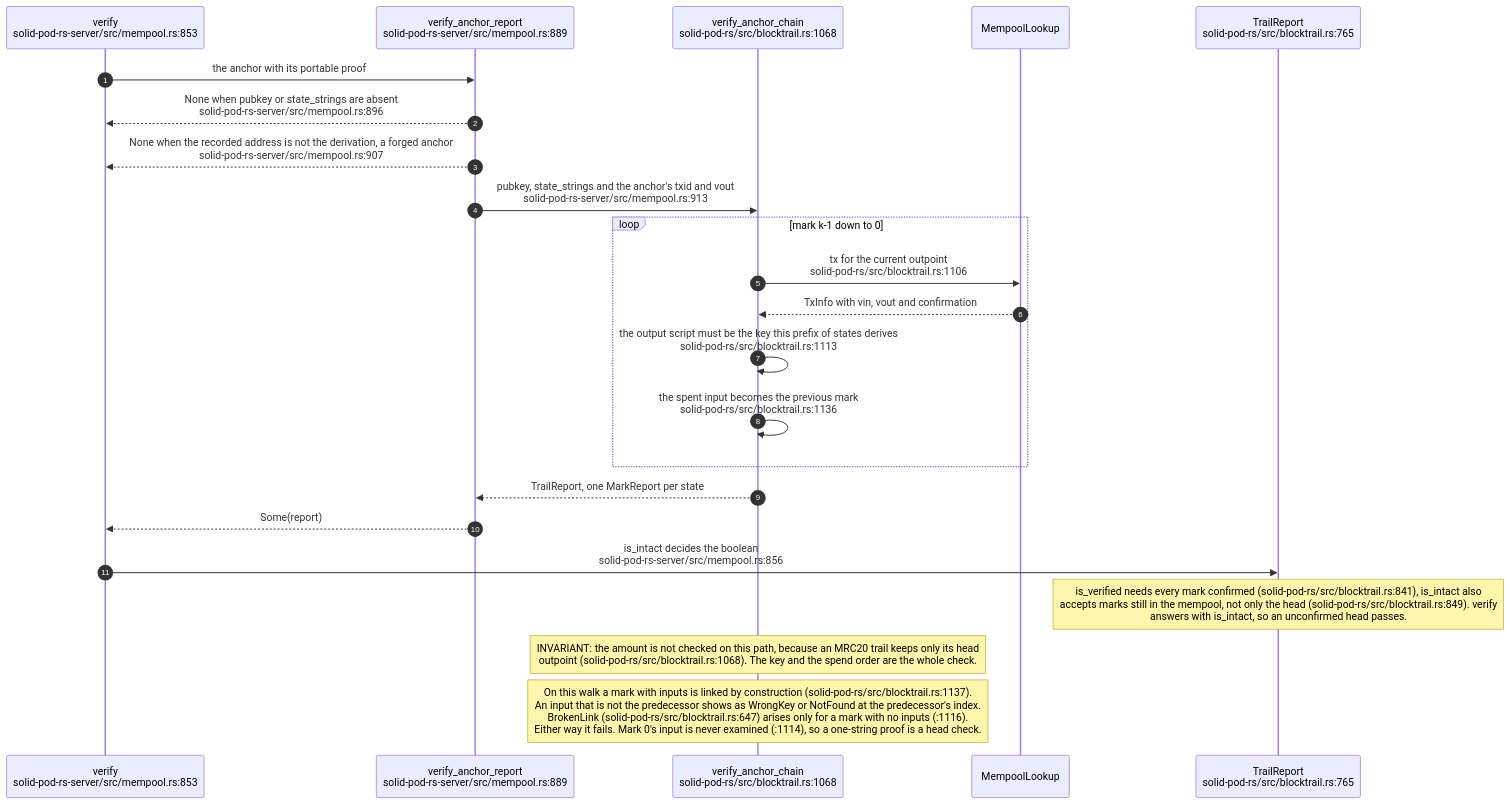
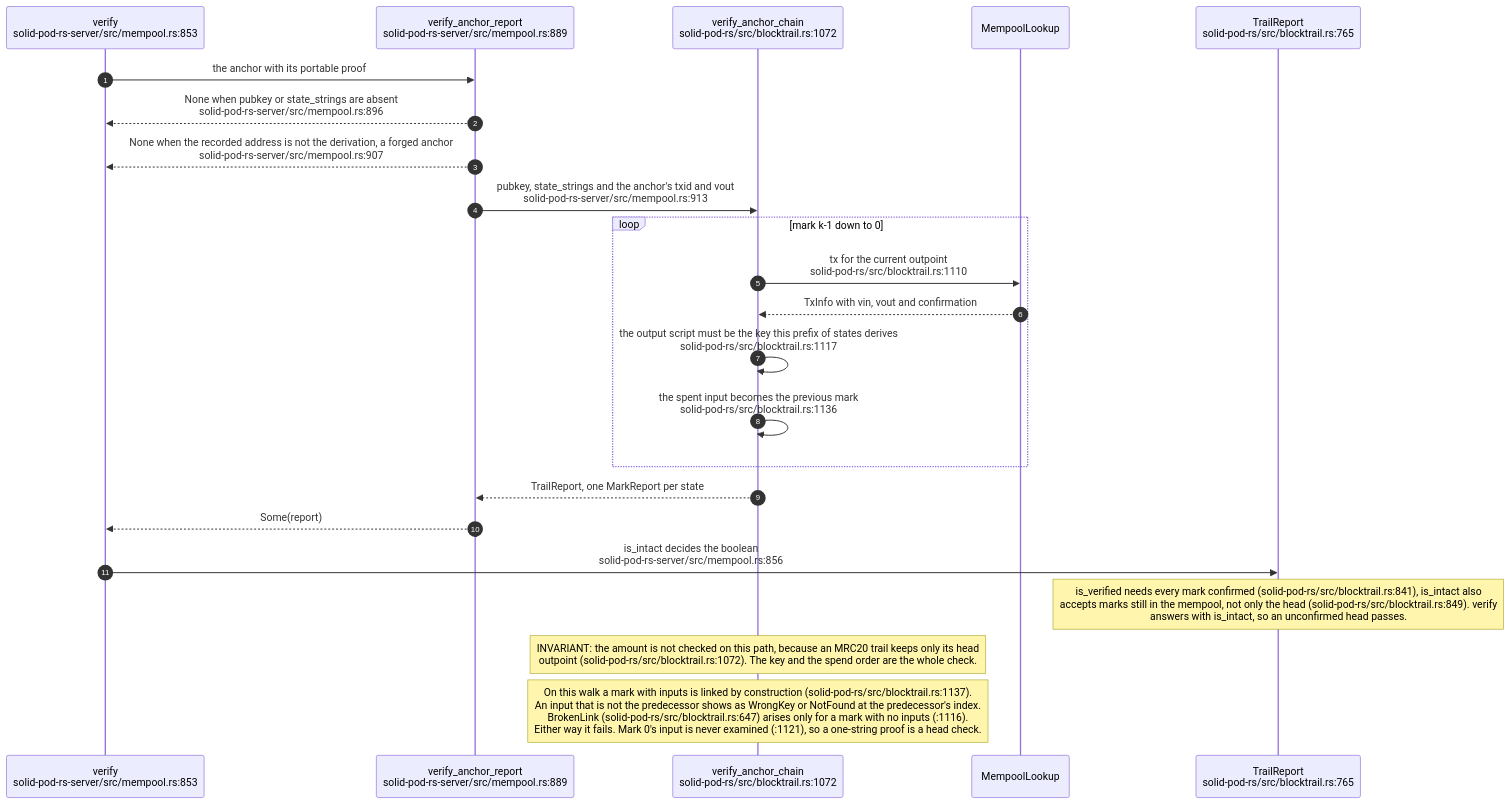
Before and after one commit to DreamLab-AI/VisionFlow: diagram 18 of 21 in docs/diagrams/solid-pod-rs/07-provenance-and-payments.md, drawn with Mermaid. The commit also changed other lines of this file and 18 other files, not shown here.

First line of the commit message:
docs(diagrams): freeze panels for fixed defects and add successors at the fix revisions

````diff
--- a/docs/diagrams/solid-pod-rs/07-provenance-and-payments.md
+++ b/docs/diagrams/solid-pod-rs/07-provenance-and-payments.md
@@ -518,26 +524,26 @@
 ```mermaid
 sequenceDiagram
     autonumber
     participant V as verify<br/>solid-pod-rs-server/src/mempool.rs:853
     participant R as verify_anchor_report<br/>solid-pod-rs-server/src/mempool.rs:889
-    participant W as verify_anchor_chain<br/>solid-pod-rs/src/blocktrail.rs:1068
+    participant W as verify_anchor_chain<br/>solid-pod-rs/src/blocktrail.rs:1072
     participant M as MempoolLookup
     participant T as TrailReport<br/>solid-pod-rs/src/blocktrail.rs:765
 
     V->>R: the anchor with its portable proof
     R-->>V: None when pubkey or state_strings are absent<br/>solid-pod-rs-server/src/mempool.rs:896
     R-->>V: None when the recorded address is not the derivation, a forged anchor<br/>solid-pod-rs-server/src/mempool.rs:907
     R->>W: pubkey, state_strings and the anchor's txid and vout<br/>solid-pod-rs-server/src/mempool.rs:913
     loop mark k-1 down to 0
-        W->>M: tx for the current outpoint<br/>solid-pod-rs/src/blocktrail.rs:1106
+        W->>M: tx for the current outpoint<br/>solid-pod-rs/src/blocktrail.rs:1110
         M-->>W: TxInfo with vin, vout and confirmation
-        W->>W: the output script must be the key this prefix of states derives<br/>solid-pod-rs/src/blocktrail.rs:1113
+        W->>W: the output script must be the key this prefix of states derives<br/>solid-pod-rs/src/blocktrail.rs:1117
         W->>W: the spent input becomes the previous mark<br/>solid-pod-rs/src/blocktrail.rs:1136
     end
     W-->>R: TrailReport, one MarkReport per state
     R-->>V: Some(report)
     V->>T: is_intact decides the boolean<br/>solid-pod-rs-server/src/mempool.rs:856
     Note over T: is_verified needs every mark confirmed (solid-pod-rs/src/blocktrail.rs:841), is_intact also<br/>accepts marks still in the mempool, not only the head (solid-pod-rs/src/blocktrail.rs:849). verify<br/>answers with is_intact, so an unconfirmed head passes.
-    Note over W: INVARIANT: the amount is not checked on this path, because an MRC20 trail keeps only its head<br/>outpoint (solid-pod-rs/src/blocktrail.rs:1068). The key and the spend order are the whole check.
-    Note over W: On this walk a mark with inputs is linked by construction (solid-pod-rs/src/blocktrail.rs:1137).<br/>An input that is not the predecessor shows as WrongKey or NotFound at the predecessor's index.<br/>BrokenLink (solid-pod-rs/src/blocktrail.rs:647) arises only for a mark with no inputs (:1116).<br/>Either way it fails. Mark 0's input is never examined (:1114), so a one-string proof is a head check.
+    Note over W: INVARIANT: the amount is not checked on this path, because an MRC20 trail keeps only its head<br/>outpoint (solid-pod-rs/src/blocktrail.rs:1072). The key and the spend order are the whole check.
+    Note over W: On this walk a mark with inputs is linked by construction (solid-pod-rs/src/blocktrail.rs:1137).<br/>An input that is not the predecessor shows as WrongKey or NotFound at the predecessor's index.<br/>BrokenLink (solid-pod-rs/src/blocktrail.rs:647) arises only for a mark with no inputs (:1116).<br/>Either way it fails. Mark 0's input is never examined (:1121), so a one-string proof is a head check.
 ```
````
